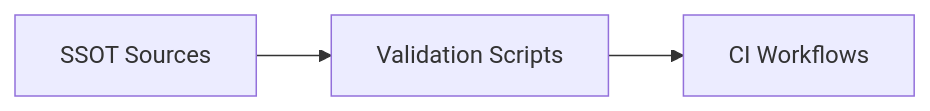
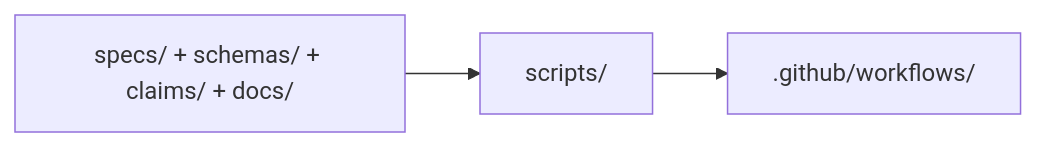
One commit to neuron7x/bnsyn-phase-controlled-emergent-dynamics changed the second of 2 diagrams in docs/ARCHITECTURE.md. Above: the diagram before and after it, drawn with Mermaid. The commit also changed other lines of this file and 6 other files, not shown here.

Commit message:
Harden docs grounding and add mermaid/svg validators

````diff
--- a/docs/ARCHITECTURE.md
+++ b/docs/ARCHITECTURE.md
@@ -25,5 +23,5 @@
 ```mermaid
 flowchart LR
-  A["SSOT Sources"] --> B["Validation Scripts"]
-  B --> C["CI Workflows"]
+  A["specs/ + schemas/ + claims/ + docs/"] --> B["scripts/"]
+  B --> C[".github/workflows/"]
 ```
````
